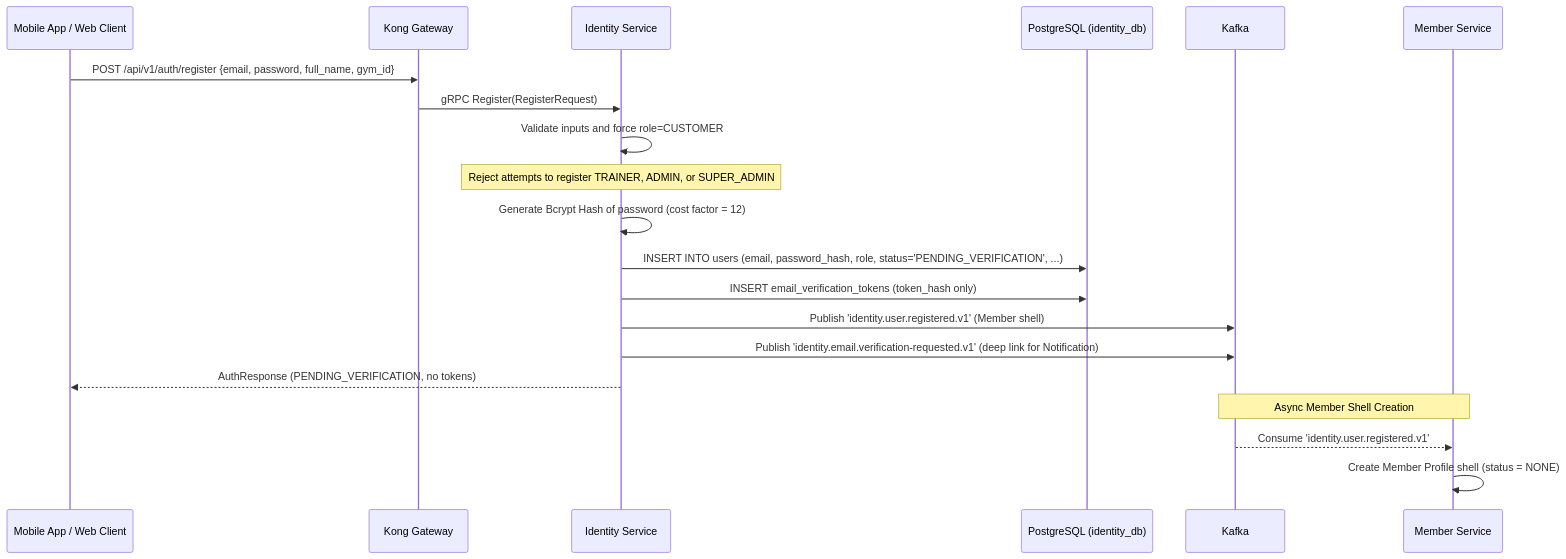
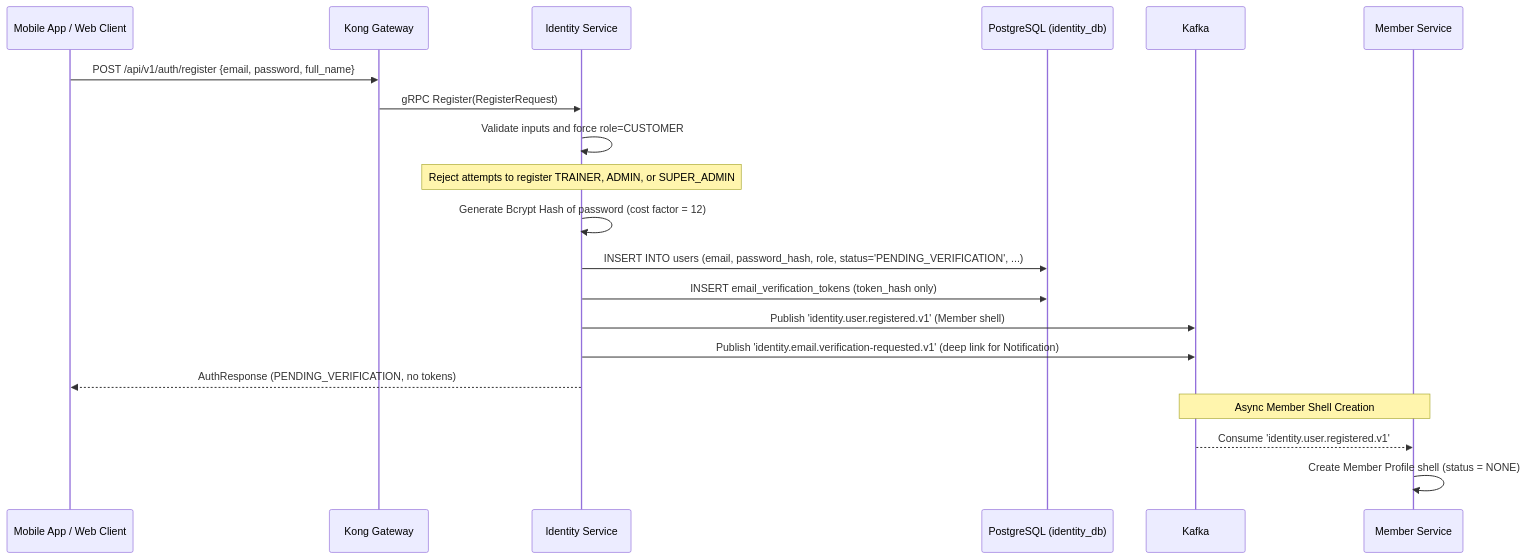
The second of 5 diagrams in services/01-ms-gym-identifier.md (pploc/gym-architect), drawn with Mermaid before and after one commit. The commit also changed other lines of this file and 8 other files, not shown here.

````diff
--- a/services/01-ms-gym-identifier.md
+++ b/services/01-ms-gym-identifier.md
@@ -56,24 +56,24 @@
 ```mermaid
 sequenceDiagram
     participant C as Mobile App / Web Client
     participant K as Kong Gateway
     participant IS as Identity Service
     participant DB as PostgreSQL (identity_db)
     participant KF as Kafka
     participant MS as Member Service
 
-    C->>K: POST /api/v1/auth/register {email, password, full_name, gym_id}
+    C->>K: POST /api/v1/auth/register {email, password, full_name}
     K->>IS: gRPC Register(RegisterRequest)
     IS->>IS: Validate inputs and force role=CUSTOMER
     Note over IS: Reject attempts to register TRAINER, ADMIN, or SUPER_ADMIN
     IS->>IS: Generate Bcrypt Hash of password (cost factor = 12)
     IS->>DB: INSERT INTO users (email, password_hash, role, status='PENDING_VERIFICATION', ...)
     IS->>DB: INSERT email_verification_tokens (token_hash only)
     IS->>KF: Publish 'identity.user.registered.v1' (Member shell)
     IS->>KF: Publish 'identity.email.verification-requested.v1' (deep link for Notification)
     IS-->>C: AuthResponse (PENDING_VERIFICATION, no tokens)
 
     Note over KF,MS: Async Member Shell Creation
     KF-->>MS: Consume 'identity.user.registered.v1'
     MS->>MS: Create Member Profile shell (status = NONE)
 ```
````
